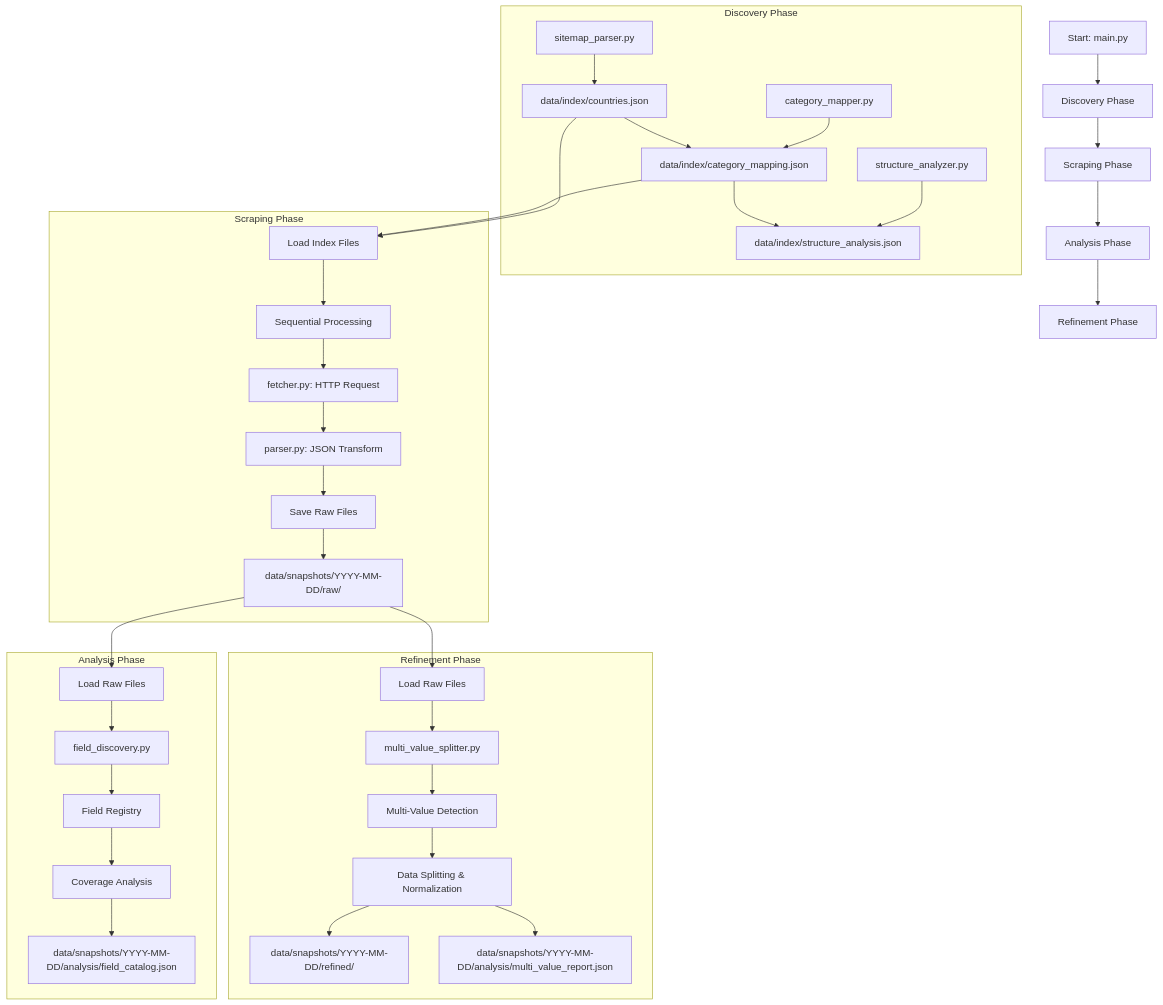
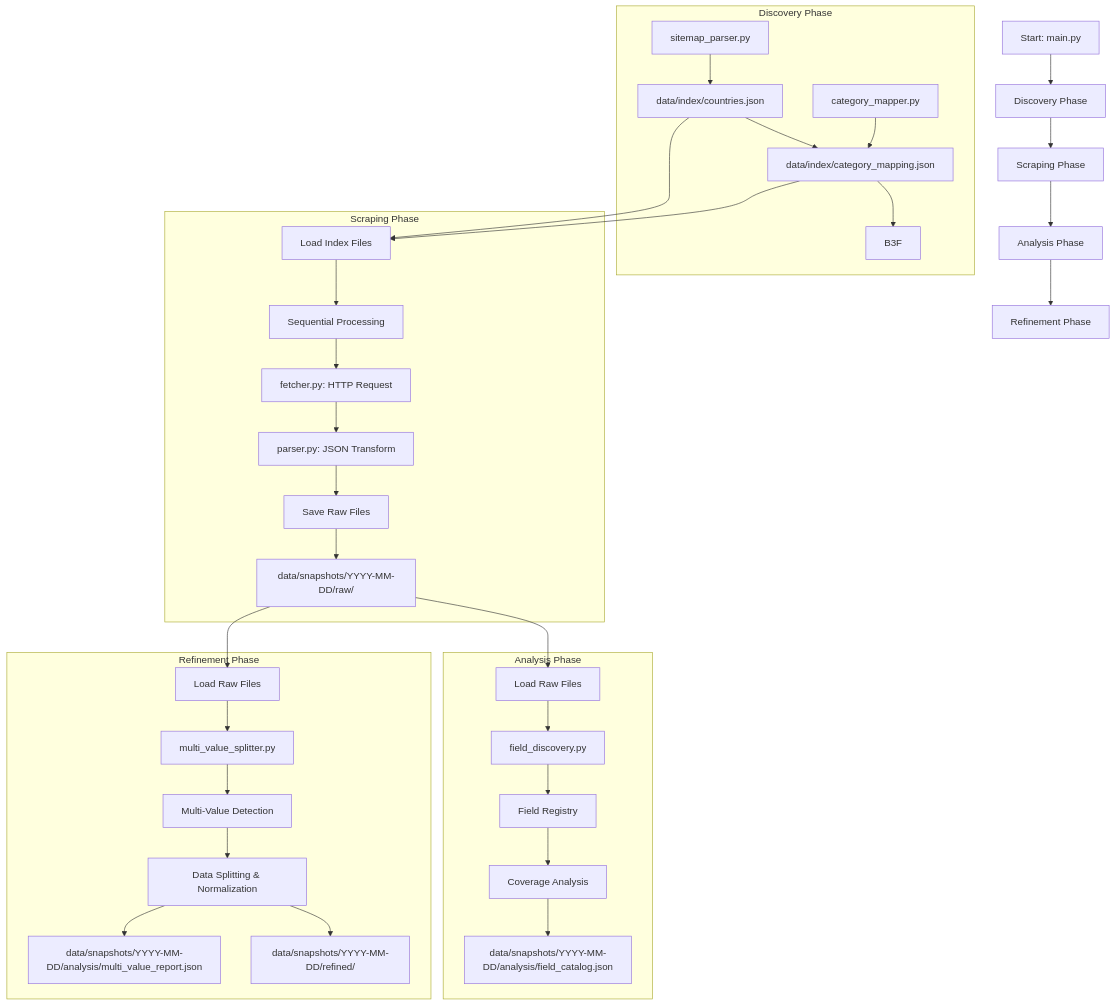
The first of 3 diagrams in README.md (StanleyKubic/factbook_scraper), drawn with Mermaid before and after one commit. The commit also changed other lines of this file and 2 other files, not shown here.

Commit message:
Remove structure analysis script

````diff
--- a/README.md
+++ b/README.md
@@ -13,42 +13,41 @@
 ```mermaid
 graph TD
     A[Start: main.py] --> B[Discovery Phase]
     B --> C[Scraping Phase] 
     C --> D[Analysis Phase]
     D --> E[Refinement Phase]
     
     subgraph "Discovery Phase"
         B1[sitemap_parser.py] --> B1F[data/index/countries.json]
         B2[category_mapper.py] --> B2F[data/index/category_mapping.json]
-        B3[structure_analyzer.py] --> B3F[data/index/structure_analysis.json]
         B1F --> B2F
         B2F --> B3F
     end
     
     subgraph "Scraping Phase"
         C1[Load Index Files] --> C2[Sequential Processing]
         C2 --> C3[fetcher.py: HTTP Request]
         C3 --> C4[parser.py: JSON Transform]
         C4 --> C5[Save Raw Files]
         B1F --> C1
         B2F --> C1
         C5 --> CF[data/snapshots/YYYY-MM-DD/raw/]
     end
     
     subgraph "Analysis Phase"
         D1[Load Raw Files] --> D2[field_discovery.py]
         CF --> D1
         D2 --> D3[Field Registry]
         D3 --> D4[Coverage Analysis]
         D4 --> DF[data/snapshots/YYYY-MM-DD/analysis/field_catalog.json]
     end
     
     subgraph "Refinement Phase"
         E1[Load Raw Files] --> E2[multi_value_splitter.py]
         CF --> E1
         E2 --> E3[Multi-Value Detection]
         E3 --> E4[Data Splitting & Normalization]
         E4 --> EF[data/snapshots/YYYY-MM-DD/refined/]
         E4 --> ER[data/snapshots/YYYY-MM-DD/analysis/multi_value_report.json]
     end
 ```
````
